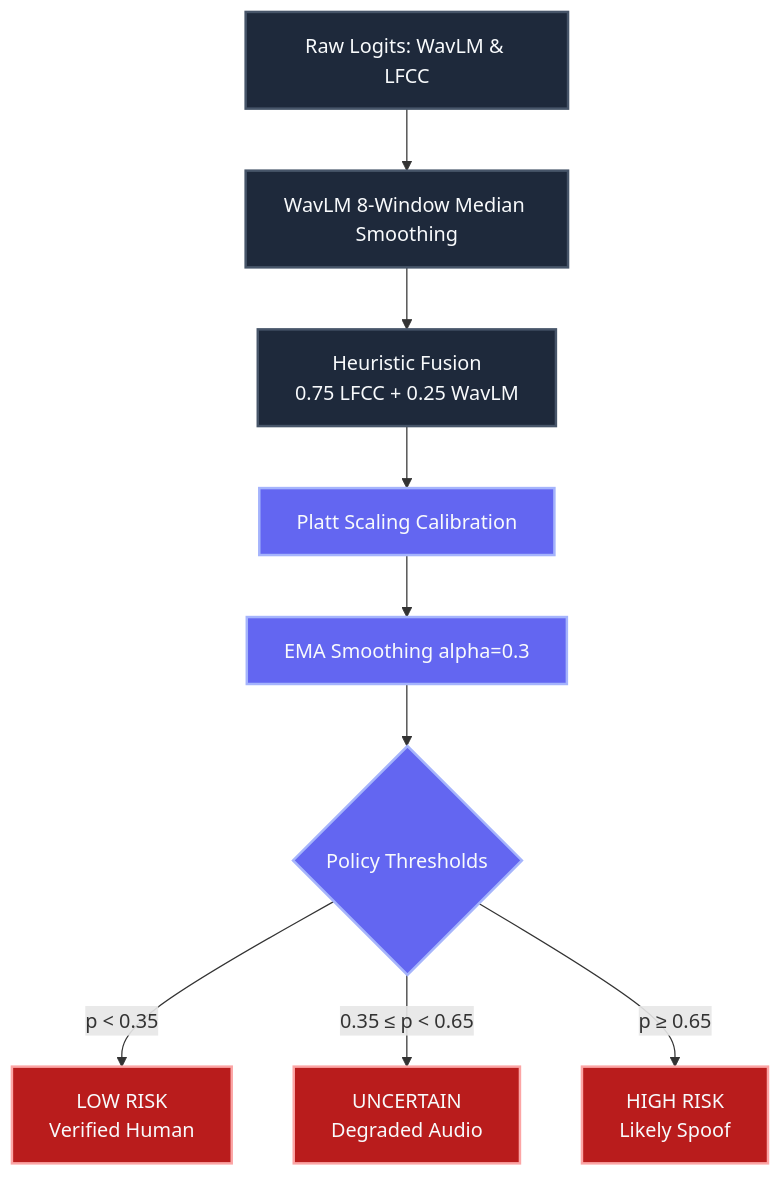
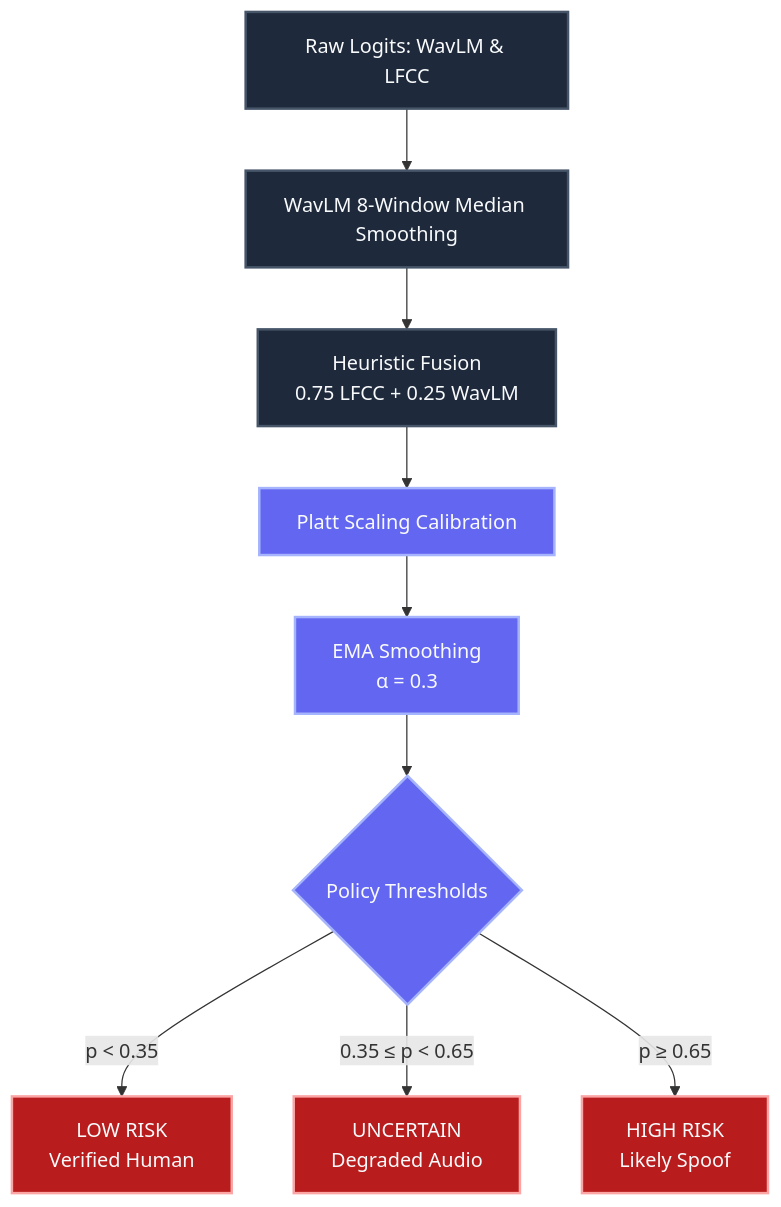
One commit to Akenzz/SIH26104-Prevention-of-Voice-Cloning-Impersonation-Attacks changed the eighth of 9 diagrams in README.md. Above: the diagram before and after it, drawn with Mermaid.

Commit message:
flow chart fix

````diff
--- a/README.md
+++ b/README.md
@@ -507,16 +507,28 @@
 ```mermaid
-graph TD
+flowchart TD
+
     classDef logic fill:#1E293B,stroke:#475569,stroke-width:2px,color:#F8FAFC
     classDef decision fill:#6366F1,stroke:#A5B4FC,stroke-width:2px,color:#F8FAFC
     classDef output fill:#B91C1C,stroke:#FCA5A5,stroke-width:2px,color:#F8FAFC
 
-    Raw[Raw Logits: WavLM & LFCC]:::logic --> Median[WavLM 8-Window Median Smoothing]:::logic
-    Median --> Fusion[Heuristic Fusion<br>0.75 LFCC + 0.25 WavLM]:::logic
-    Fusion --> Platt[Platt Scaling Calibration]:::decision
-    Platt --> EMA[EMA Smoothing alpha=0.3]:::decision
-    EMA --> Thresholds{Policy Thresholds}:::decision
-    
-    Thresholds -->|p < 0.35| Low[LOW RISK<br>Verified Human]:::output
-    Thresholds -->|0.35 ≤ p < 0.65| Unc[UNCERTAIN<br>Degraded Audio]:::output
-    Thresholds -->|p ≥ 0.65| High[HIGH RISK<br>Likely Spoof]:::output
+    Raw["Raw Logits: WavLM & LFCC"]:::logic
+    Median["WavLM 8-Window Median Smoothing"]:::logic
+    Fusion["Heuristic Fusion<br/>0.75 LFCC + 0.25 WavLM"]:::logic
+    Platt["Platt Scaling Calibration"]:::decision
+    EMA["EMA Smoothing<br/>α = 0.3"]:::decision
+    Thresholds{"Policy Thresholds"}:::decision
+
+    Low["LOW RISK<br/>Verified Human"]:::output
+    Unc["UNCERTAIN<br/>Degraded Audio"]:::output
+    High["HIGH RISK<br/>Likely Spoof"]:::output
+
+    Raw --> Median
+    Median --> Fusion
+    Fusion --> Platt
+    Platt --> EMA
+    EMA --> Thresholds
+
+    Thresholds -->|"p < 0.35"| Low
+    Thresholds -->|"0.35 ≤ p < 0.65"| Unc
+    Thresholds -->|"p ≥ 0.65"| High
 ```
````
